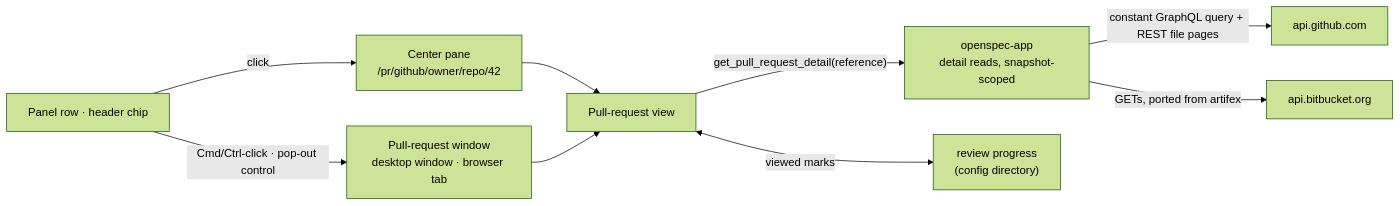
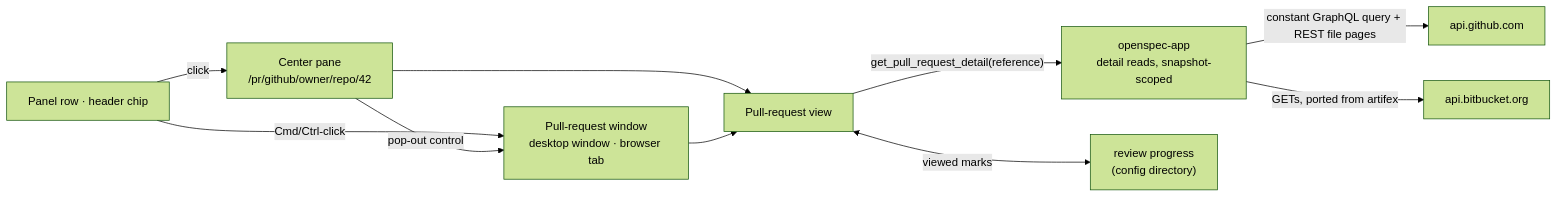
Before and after one commit to avantmedialtd/specforge: the diagram in openspec/changes/pull-request-viewer/proposal.md, drawn with Mermaid (forest theme). The commit also changed other lines of this file and 1 other file, not shown here.

First line of the commit message:
docs(openspec): apply the review of opening a pull request like a document

````diff
--- a/openspec/changes/pull-request-viewer/proposal.md
+++ b/openspec/changes/pull-request-viewer/proposal.md
@@ -16,11 +16,12 @@
 ```mermaid
 flowchart LR
   R["Panel row · header chip"] -- click --> C["Center pane<br/>/pr/github/owner/repo/42"]
-  R -- "Cmd/Ctrl-click · pop-out control" --> W["Pull-request window<br/>desktop window · browser tab"]
+  R -- "Cmd/Ctrl-click" --> W["Pull-request window<br/>desktop window · browser tab"]
+  C -- "pop-out control" --> W
   C --> V["Pull-request view"]
   W --> V
   V -- "get_pull_request_detail(reference)" --> S["openspec-app<br/>detail reads, snapshot-scoped"]
   S -- "constant GraphQL query + REST file pages" --> GH["api.github.com"]
   S -- "GETs, ported from artifex" --> BB["api.bitbucket.org"]
   V <-- "viewed marks" --> P["review progress<br/>(config directory)"]
 ```
````
